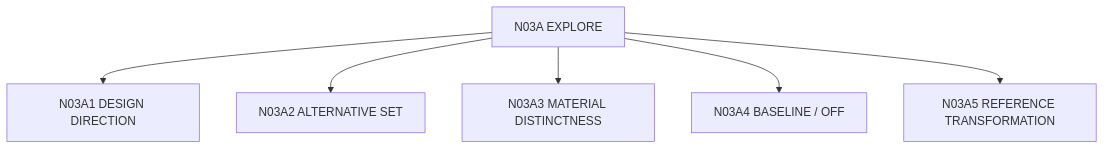
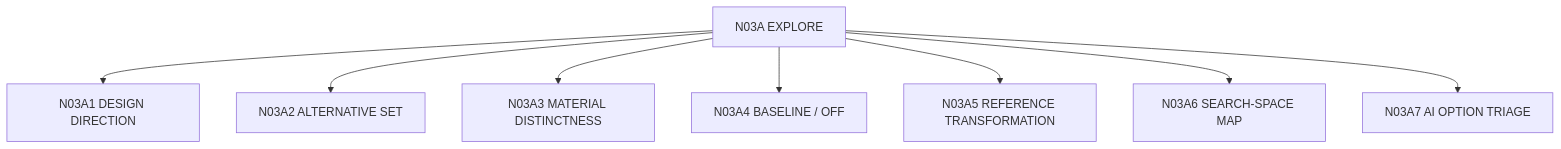
One commit to Jiaosong/Design changed the second of 2 diagrams in product-docs/v0.3/nodes/N03A_EXPLORE.md. Above: the diagram before and after it, drawn with Mermaid. The commit also changed other lines of this file and 71 other files, not shown here.

````diff
--- a/product-docs/v0.3/nodes/N03A_EXPLORE.md
+++ b/product-docs/v0.3/nodes/N03A_EXPLORE.md
@@ -76,9 +84,11 @@
 ```mermaid
 flowchart TB
     P[N03A EXPLORE]
     P --> N03A1[N03A1 DESIGN DIRECTION]
     P --> N03A2[N03A2 ALTERNATIVE SET]
     P --> N03A3[N03A3 MATERIAL DISTINCTNESS]
     P --> N03A4[N03A4 BASELINE / OFF]
     P --> N03A5[N03A5 REFERENCE TRANSFORMATION]
+    P --> N03A6[N03A6 SEARCH-SPACE MAP]
+    P --> N03A7[N03A7 AI OPTION TRIAGE]
 ```
````
